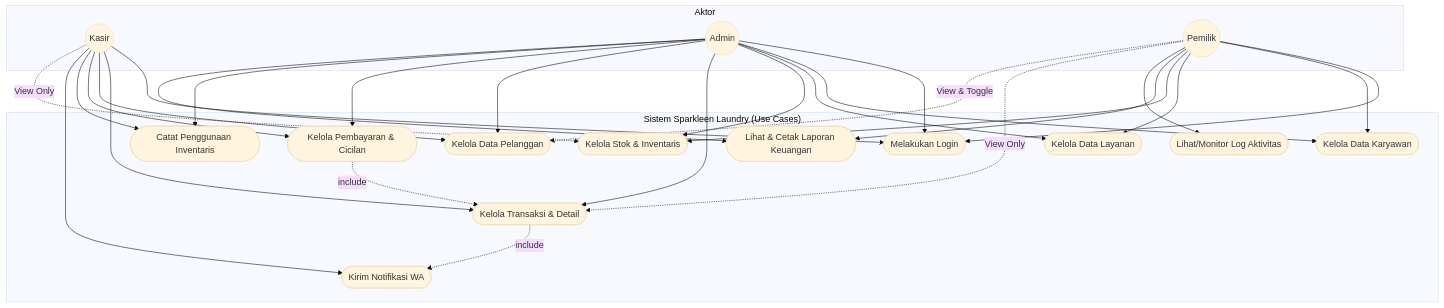
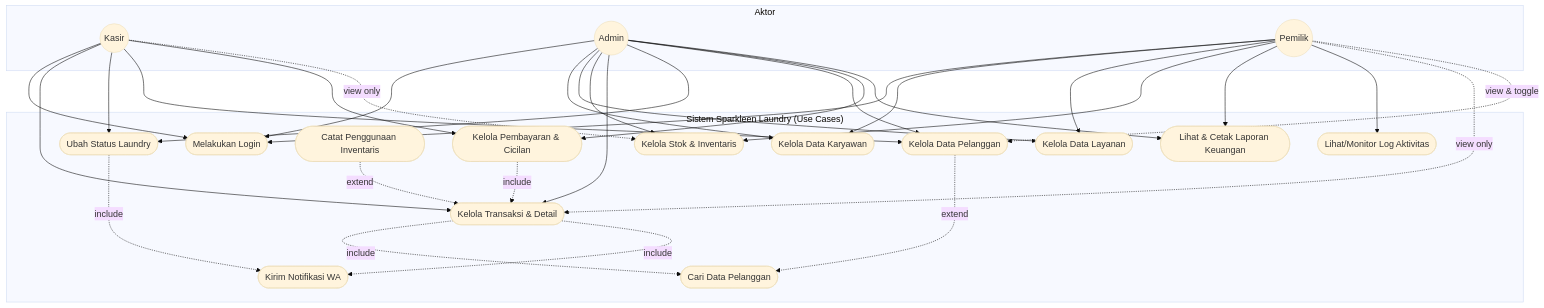
Before and after one commit to rachmatx/sparkleen-laundry: the first of 17 diagrams in uml_and_system_design_documentation.md, drawn with Mermaid (base theme). The commit also changed other lines of this file and 5 other files, not shown here.

````diff
--- a/uml_and_system_design_documentation.md
+++ b/uml_and_system_design_documentation.md
@@ -11,52 +11,58 @@
 ```mermaid
 graph TD
     subgraph Aktor
         Kasir((Kasir))
         Admin((Admin))
         Pemilik((Pemilik))
     end
 
     subgraph "Sistem Sparkleen Laundry (Use Cases)"
         UC_Login([Melakukan Login])
         UC_Transaksi([Kelola Transaksi & Detail])
+        UC_CariPelanggan([Cari Data Pelanggan])
         UC_Pelanggan([Kelola Data Pelanggan])
         UC_Bayar([Kelola Pembayaran & Cicilan])
         UC_InventarisPakai([Catat Penggunaan Inventaris])
         UC_WA([Kirim Notifikasi WA])
+        UC_UbahStatus([Ubah Status Laundry])
         UC_Karyawan([Kelola Data Karyawan])
         UC_Layanan([Kelola Data Layanan])
         UC_Inventaris([Kelola Stok & Inventaris])
         UC_Laporan([Lihat & Cetak Laporan Keuangan])
         UC_LogAktivitas([Lihat/Monitor Log Aktivitas])
     end
 
     Kasir --> UC_Login
     Kasir --> UC_Transaksi
+    Kasir --> UC_UbahStatus
     Kasir --> UC_Pelanggan
     Kasir --> UC_Bayar
-    Kasir --> UC_InventarisPakai
-    Kasir --> UC_WA
-    Kasir -.->|View Only| UC_Inventaris
+    Kasir -.->|view only| UC_Inventaris
 
     Admin --> UC_Login
     Admin --> UC_Karyawan
     Admin --> UC_Layanan
     Admin --> UC_Inventaris
     Admin --> UC_Transaksi
+    Admin --> UC_UbahStatus
     Admin --> UC_Pelanggan
     Admin --> UC_Bayar
-    Admin --> UC_InventarisPakai
     Admin --> UC_Laporan
 
     Pemilik --> UC_Login
     Pemilik --> UC_Karyawan
     Pemilik --> UC_Layanan
     Pemilik --> UC_Inventaris
     Pemilik --> UC_Laporan
     Pemilik --> UC_LogAktivitas
-    Pemilik -.->|View Only| UC_Transaksi
-    Pemilik -.->|View & Toggle| UC_Pelanggan
+    Pemilik -.->|view only| UC_Transaksi
+    Pemilik -.->|view & toggle| UC_Pelanggan
 
+    %% Hubungan Include & Extend
+    UC_Transaksi -.->|include| UC_CariPelanggan
+    UC_Pelanggan -.->|extend| UC_CariPelanggan
+    UC_InventarisPakai -.->|extend| UC_Transaksi
     UC_Transaksi -.->|include| UC_WA
+    UC_UbahStatus -.->|include| UC_WA
     UC_Bayar -.->|include| UC_Transaksi
 ```
````
